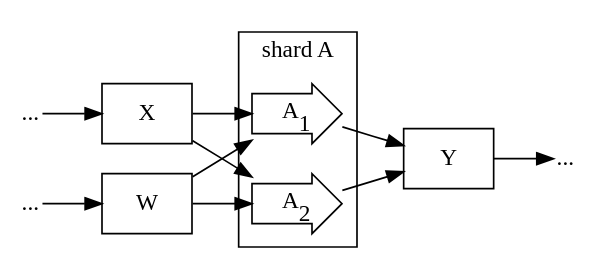
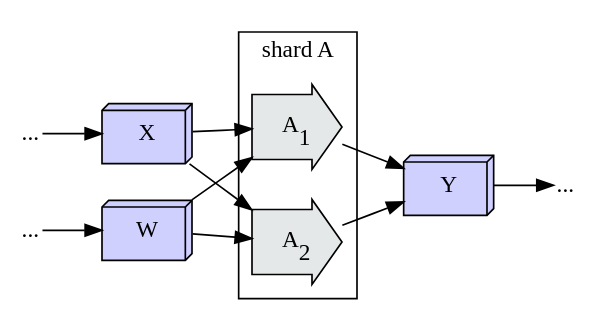
One commit to crutcher/crutcher.github.io-source changed diagram 38 of 55 in source/Tapestry/index.md. Above: the diagram before and after it, drawn with Graphviz. The commit also changed other lines of this file and 2 other files, not shown here.

````diff
--- a/source/Tapestry/index.md
+++ b/source/Tapestry/index.md
@@ -5566,24 +5631,30 @@
 ```graphviz
 digraph G {
   rankdir=LR;
-  W, X, Y [shape=box];
+  W, X, Y [shape=box3d, fillcolor="#d0d0ff", style=filled];
   
   subgraph cluster_0 {
     label="shard A";
-    A1 [shape=rarrow, label=<A<sub>1</sub>>];
-    A2 [shape=rarrow, label=<A<sub>2</sub>>];
+    A1, A2 [
+      shape=rarrow,
+      margin=0.25,
+      style=filled,
+      fillcolor="#E5E8E8",
+    ];
+    A1 [label=<A<sub>1</sub>>];
+    A2 [label=<A<sub>2</sub>>];
   }
   
   G1, G2, G3 [label="...", shape=plain];
   G1 -> W;
   G2 -> X;
   Y -> G3;
   
   W -> A1;
   X -> A1;
   A1 -> Y;
   W -> A2;
   X -> A2;
   A2 -> Y;
 }
 ```
````
